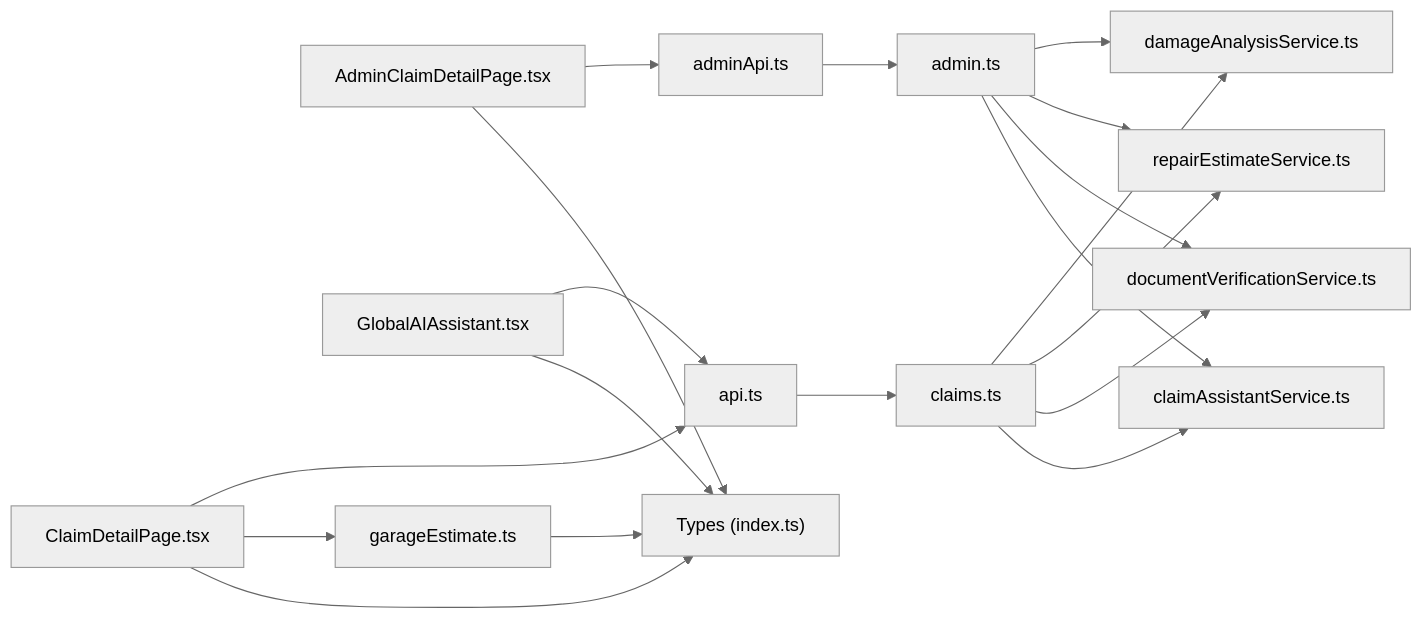
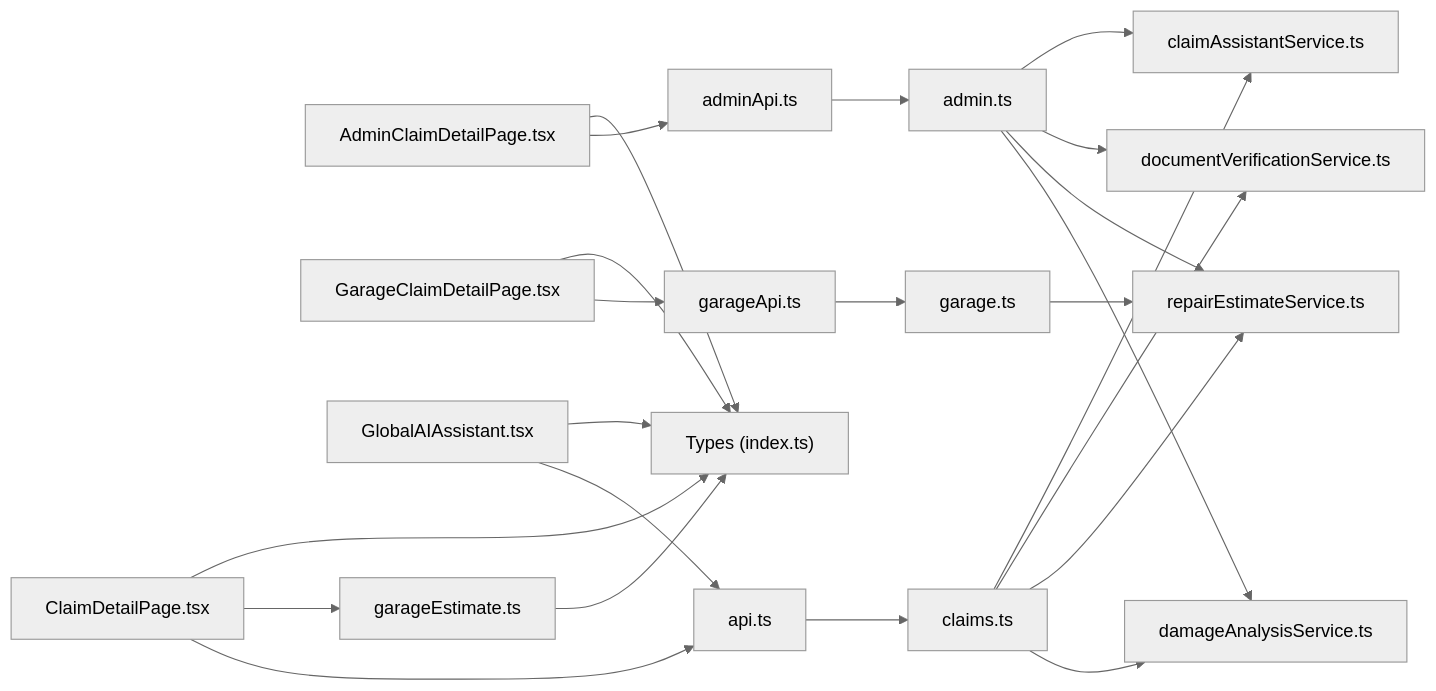
Before and after one commit to NaveenHiranya/Smart-Vehicle-Insurance-Claim-System: the third of 3 diagrams in .qoder/repowiki/en/content/Frontend Documentation/Pages and Views/User Pages/Claim Detail Page.md, drawn with Mermaid (neutral theme). The commit also changed other lines of this file and 38 other files, not shown here.

````diff
--- a/.qoder/repowiki/en/content/Frontend Documentation/Pages and Views/User Pages/Claim Detail Page.md
+++ b/.qoder/repowiki/en/content/Frontend Documentation/Pages and Views/User Pages/Claim Detail Page.md
@@ -547,21 +589,25 @@
 ```mermaid
 graph LR
 CDP["ClaimDetailPage.tsx"] --> API["api.ts"]
 ACDP["AdminClaimDetailPage.tsx"] --> AAPI["adminApi.ts"]
+GCP["GarageClaimDetailPage.tsx"] --> GAR["garageApi.ts"]
 GAA["GlobalAIAssistant.tsx"] --> API
 CDP --> GEU["garageEstimate.ts"]
 API --> ROUTES["claims.ts"]
 AAPI --> AROUTES["admin.ts"]
+GAR --> GROUTES["garage.ts"]
 ROUTES --> DAST["damageAnalysisService.ts"]
 ROUTES --> RES["repairEstimateService.ts"]
 ROUTES --> DVS["documentVerificationService.ts"]
 ROUTES --> CAS["claimAssistantService.ts"]
 AROUTES --> DAST
 AROUTES --> RES
 AROUTES --> DVS
 AROUTES --> CAS
+GROUTES --> RES
 CDP --> TYPES["Types (index.ts)"]
 ACDP --> TYPES
+GCP --> TYPES
 GAA --> TYPES
 GEU --> TYPES
 ```
````
